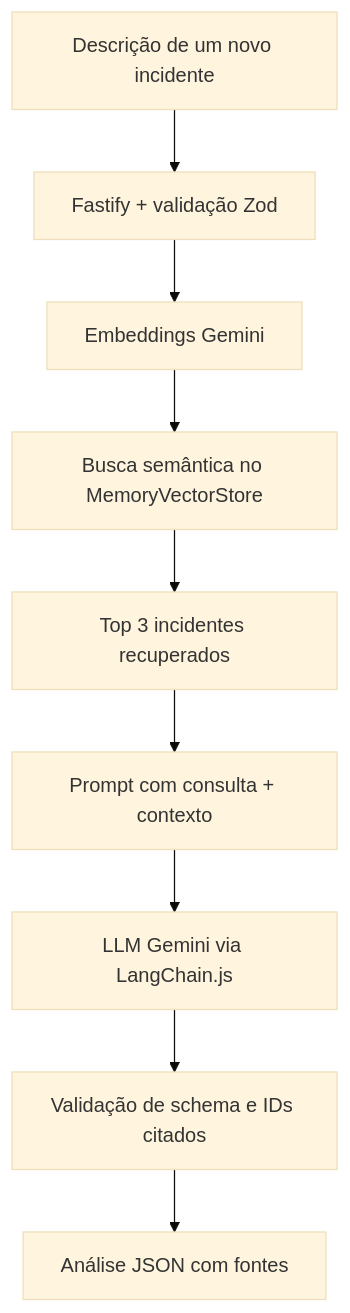
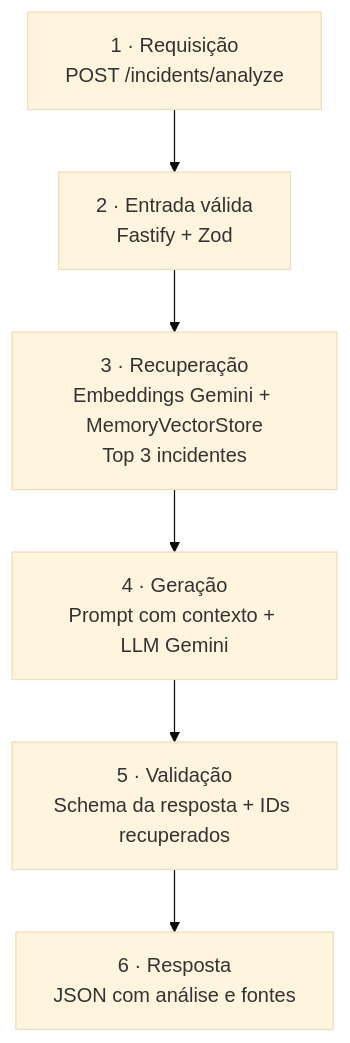
The diagram in README.md (dayronjp/incident-recall), drawn with Mermaid (base theme) before and after one commit.

Commit message:
fix: fix mermaid in README

````diff
--- a/README.md
+++ b/README.md
@@ -21,11 +21,8 @@
 ```mermaid
 flowchart TD
-    A[Descrição de um novo incidente] --> B[Fastify + validação Zod]
-    B --> C[Embeddings Gemini]
-    C --> D[Busca semântica no MemoryVectorStore]
-    D --> E[Top 3 incidentes recuperados]
-    E --> F[Prompt com consulta + contexto]
-    F --> G[LLM Gemini via LangChain.js]
-    G --> H[Validação de schema e IDs citados]
-    H --> I[Análise JSON com fontes]
+    A["1 · Requisição<br/>POST /incidents/analyze"] --> B["2 · Entrada válida<br/>Fastify + Zod"]
+    B --> C["3 · Recuperação<br/>Embeddings Gemini + MemoryVectorStore<br/>Top 3 incidentes"]
+    C --> D["4 · Geração<br/>Prompt com contexto + LLM Gemini"]
+    D --> E["5 · Validação<br/>Schema da resposta + IDs recuperados"]
+    E --> F["6 · Resposta<br/>JSON com análise e fontes"]
 ```
````
